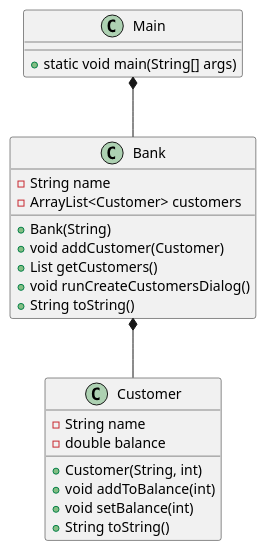
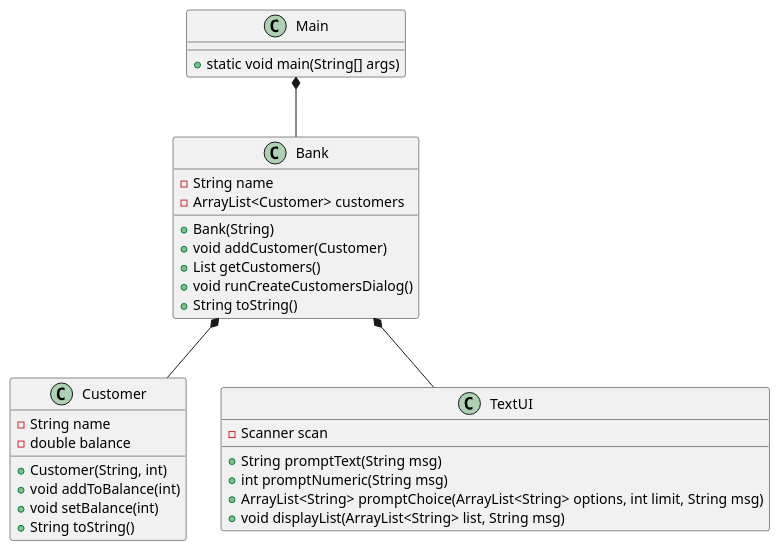
Before and after one commit to EmilDagsberg/BankSystem: the diagram in doc/classdiagram_plan.puml, drawn with PlantUML.

Commit message:
added TextUI

```diff
--- a/doc/classdiagram_plan.puml
+++ b/doc/classdiagram_plan.puml
@@ -1,31 +1,42 @@
 @startuml
 class Main{
  + static void main(String[] args)
 }
 
 class Bank{
  - String name
  - ArrayList<Customer> customers
  + Bank(String)
  + void addCustomer(Customer)
  + List getCustomers()
  + void runCreateCustomersDialog()
  + String toString()
 }
 
 class Customer{
  - String name
  - double balance
  + Customer(String, int)
  + void addToBalance(int)
  + void setBalance(int)
  + String toString()
 
 }
 
 
-
+class TextUI {
+- Scanner scan
+' shows a message and returns the user's input as a String
++ String promptText(String msg)
+' shows a message and returns the user's input as an integer
++ int promptNumeric(String msg)
+' shows the options, promts for choices until limit is reached, and returns the user's choices as a list
++ ArrayList<String> promptChoice(ArrayList<String> options, int limit, String msg)
+' shows a message and lists the content of a list
++ void displayList(ArrayList<String> list, String msg)
+}
 Main *-- Bank
 Bank *-- Customer
+Bank *-- TextUI
 
 @enduml
```
